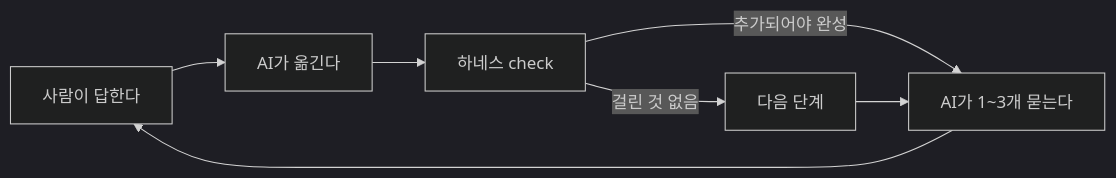
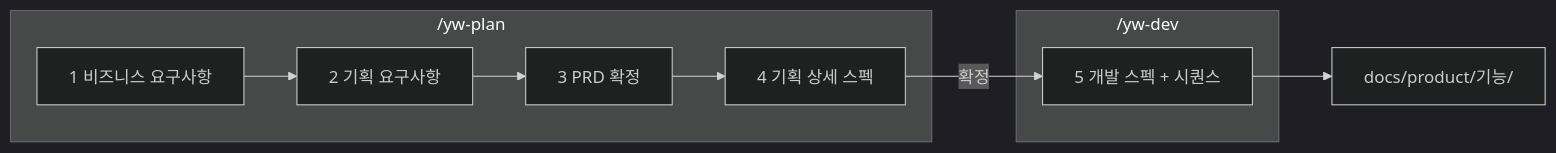
One commit to YeongWon2/product-planning changed the diagram in README.md. Above: the diagram before and after it, drawn with Mermaid (dark theme). The commit also changed other lines of this file and 33 other files, not shown here.

````diff
--- a/README.md
+++ b/README.md
@@ -53,9 +56,11 @@
 ```mermaid
 flowchart LR
-    A[사람이 답한다] --> B[AI가 옮긴다]
-    B --> C[하네스 check]
-    C -->|추가되어야 완성| D[AI가 1~3개 묻는다]
-    D --> A
-    C -->|걸린 것 없음| E[다음 단계]
-    E --> D
+    subgraph 기획 ["/yw-plan"]
+      B[1 비즈니스 요구사항] --> P[2 기획 요구사항] --> R[3 PRD 확정] --> S[4 기획 상세 스펙]
+    end
+    subgraph 개발 ["/yw-dev"]
+      D[5 개발 스펙 + 시퀀스]
+    end
+    S -->|확정| D
+    D --> X[docs/product/기능/]
 ```
````
